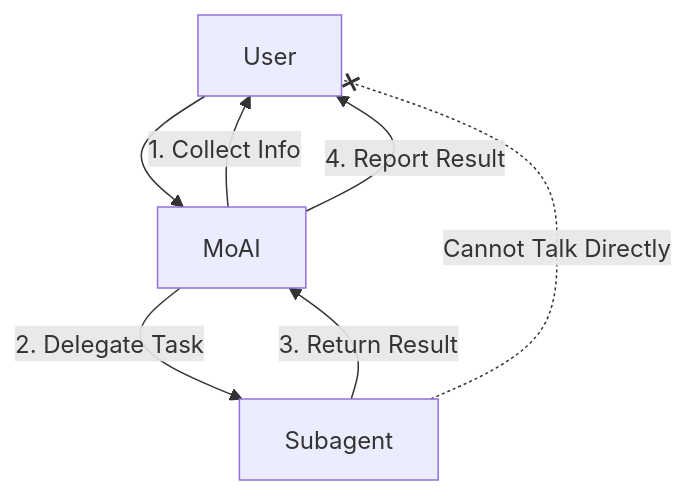
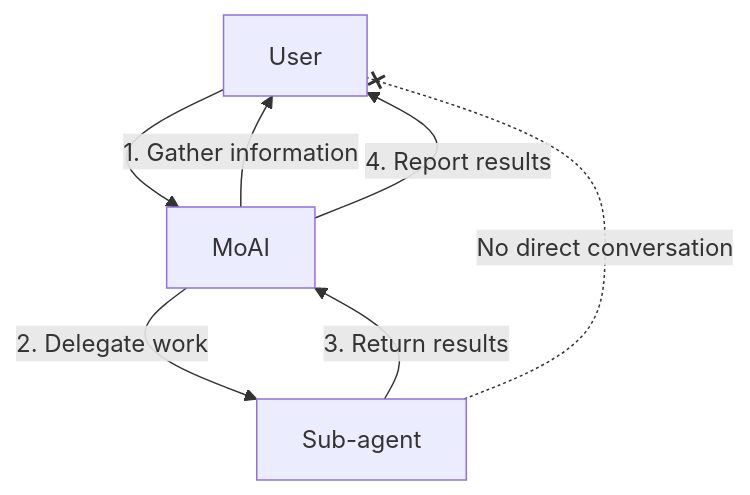
One commit to modu-ai/moai-adk changed the second of 4 diagrams in docs-site/content/en/advanced/claude-md-guide.md. Above: the diagram before and after it, drawn with Mermaid. The commit also changed other lines of this file and 395 other files, not shown here.

````diff
--- a/docs-site/content/en/advanced/claude-md-guide.md
+++ b/docs-site/content/en/advanced/claude-md-guide.md
@@ -140,11 +144,11 @@
 ```mermaid
 flowchart TD
     USER["User"] --> MOAI["MoAI"]
-    MOAI -->|"1. Collect Info"| USER
-    MOAI -->|"2. Delegate Task"| AGENT["Subagent"]
-    AGENT -->|"3. Return Result"| MOAI
-    MOAI -->|"4. Report Result"| USER
+    MOAI -->|"1. Gather information"| USER
+    MOAI -->|"2. Delegate work"| AGENT["Sub-agent"]
+    AGENT -->|"3. Return results"| MOAI
+    MOAI -->|"4. Report results"| USER
 
-    AGENT -.-x|"Cannot Talk Directly"| USER
+    AGENT -.-x|"No direct conversation"| USER
 
 ```
````
